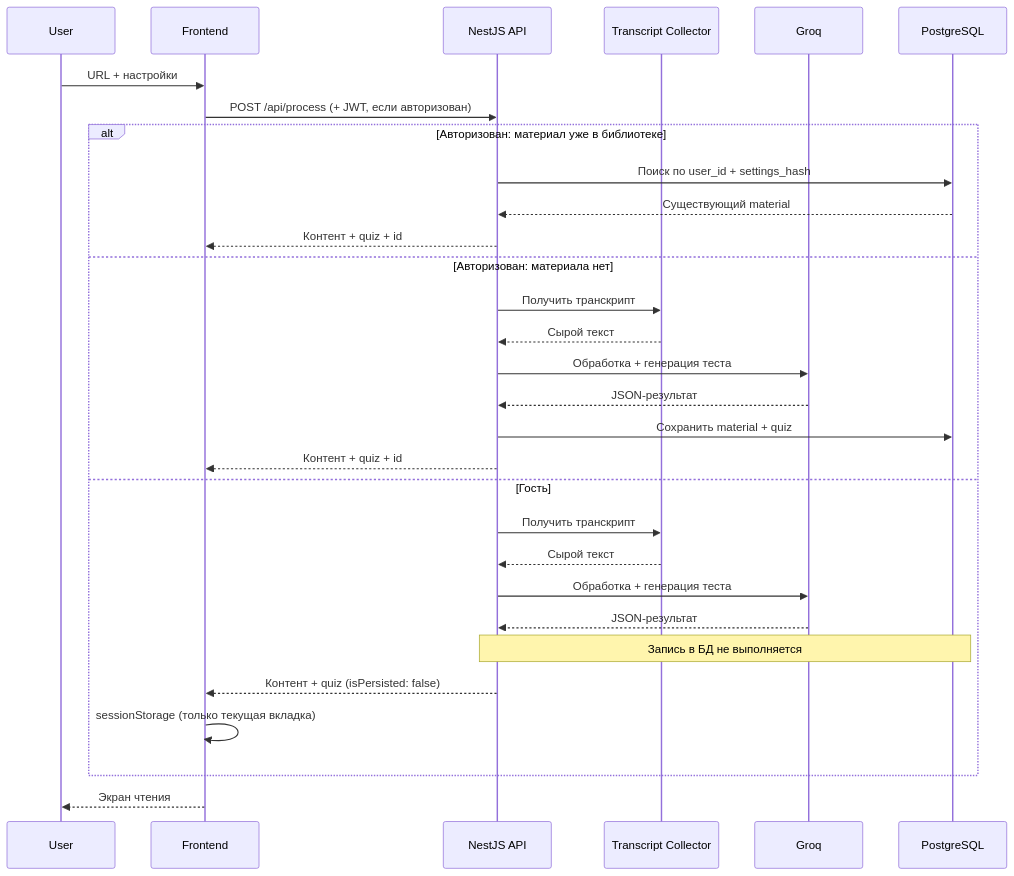
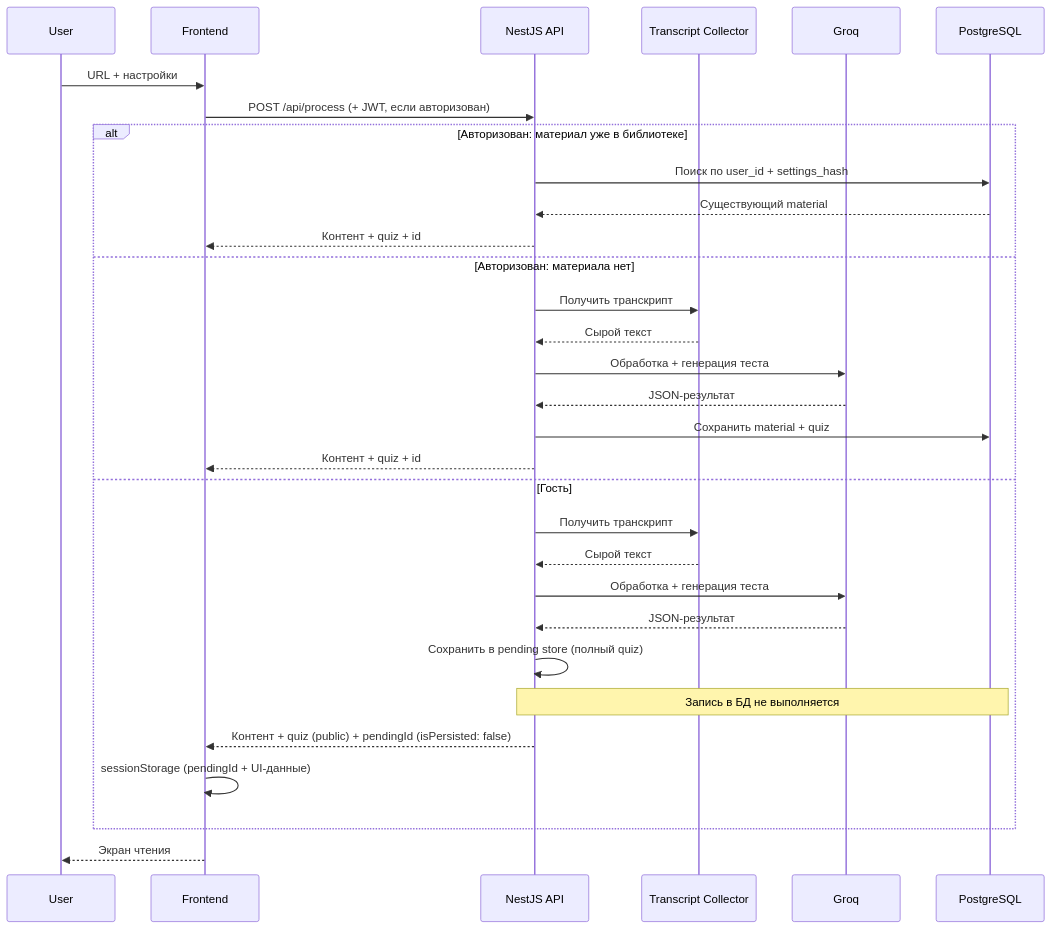
One commit to Daniello0/edu-track-ai changed the diagram in docs/main-design.md. Above: the diagram before and after it, drawn with Mermaid. The commit also changed other lines of this file and 53 other files, not shown here.

Commit message:
Add new DTOs, update environment configuration, and enhance diagram generation scripts. Introduce nodemon for development convenience and update package dependencies.

````diff
--- a/docs/main-design.md
+++ b/docs/main-design.md
@@ -100,35 +100,36 @@
 ```mermaid
 sequenceDiagram
     participant U as User
     participant FE as Frontend
     participant BE as NestJS API
     participant TC as Transcript Collector
     participant AI as Groq
     participant DB as PostgreSQL
 
     U->>FE: URL + настройки
     FE->>BE: POST /api/process (+ JWT, если авторизован)
 
     alt Авторизован: материал уже в библиотеке
         BE->>DB: Поиск по user_id + settings_hash
         DB-->>BE: Существующий material
         BE-->>FE: Контент + quiz + id
     else Авторизован: материала нет
         BE->>TC: Получить транскрипт
         TC-->>BE: Сырой текст
         BE->>AI: Обработка + генерация теста
         AI-->>BE: JSON-результат
         BE->>DB: Сохранить material + quiz
         BE-->>FE: Контент + quiz + id
     else Гость
         BE->>TC: Получить транскрипт
         TC-->>BE: Сырой текст
         BE->>AI: Обработка + генерация теста
         AI-->>BE: JSON-результат
+        BE->>BE: Сохранить в pending store (полный quiz)
         Note over BE,DB: Запись в БД не выполняется
-        BE-->>FE: Контент + quiz (isPersisted: false)
-        FE->>FE: sessionStorage (только текущая вкладка)
+        BE-->>FE: Контент + quiz (public) + pendingId (isPersisted: false)
+        FE->>FE: sessionStorage (pendingId + UI-данные)
     end
 
     FE-->>U: Экран чтения
 ```
````
